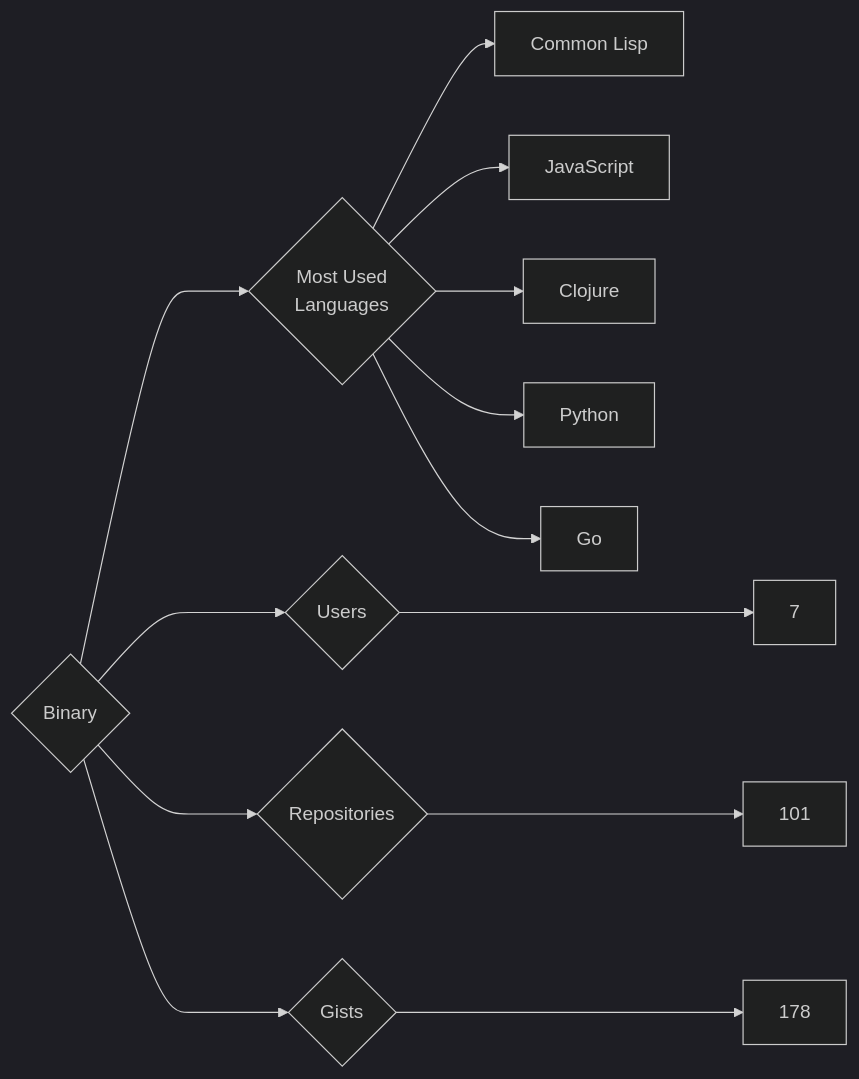
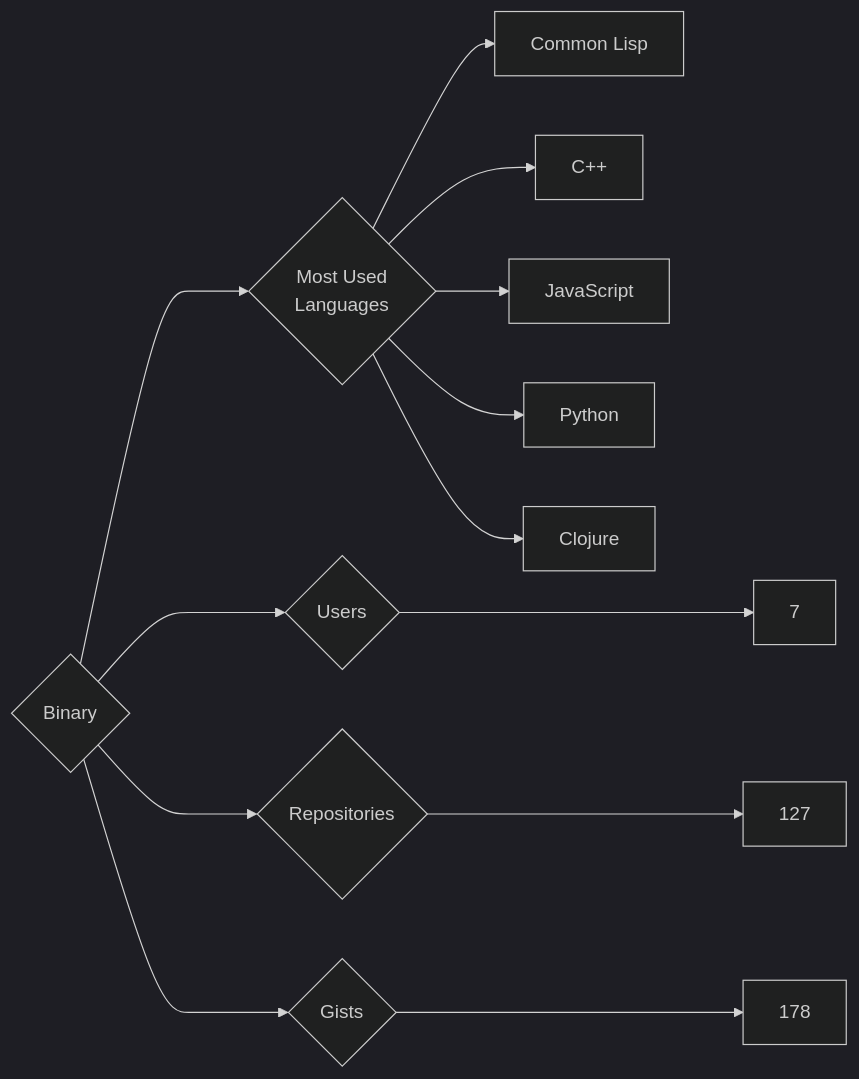
The diagram in targets/Binary/README.md (trickest/insiders), drawn with Mermaid (dark theme) before and after one commit. The commit also changed 934 other files, not shown here.

````diff
--- a/targets/Binary/README.md
+++ b/targets/Binary/README.md
@@ -3,13 +3,13 @@
 ```mermaid
 graph LR
 COMPANY_NAME{Binary}
 COMPANY_NAME ---> U{Users} ---> UN[7]
-COMPANY_NAME ---> R{Repositories} ---> RN[101]
+COMPANY_NAME ---> R{Repositories} ---> RN[127]
 COMPANY_NAME ---> G{Gists} ---> GN[178]
 COMPANY_NAME ---> ML{Most Used<br>Languages}
 ML --> Common_Lisp[Common Lisp]
+ML --> C++[C++]
 ML --> JavaScript[JavaScript]
+ML --> Python[Python]
 ML --> Clojure[Clojure]
-ML --> Python[Python]
-ML --> Go[Go]
 ```
````
